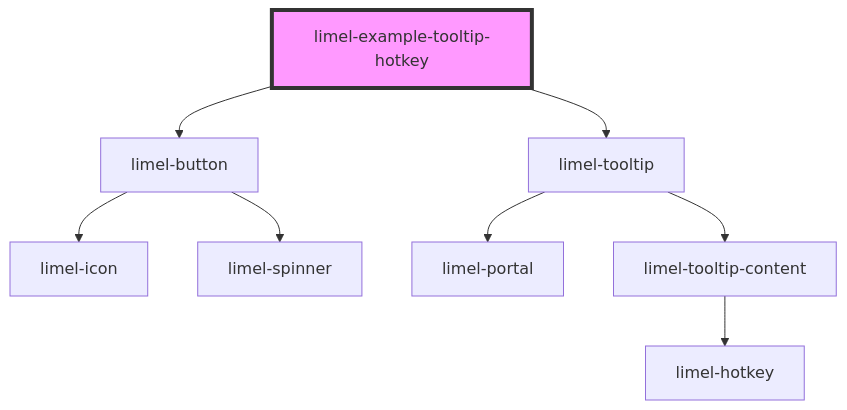
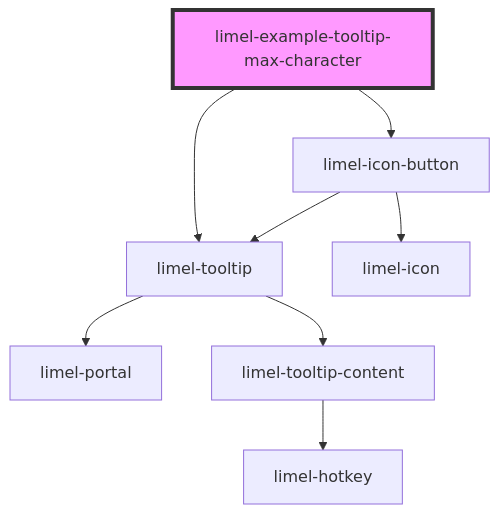
Before and after one commit to Lundalogik/lime-elements: the diagram in versions/PR-4196/markdown-docs/components/tooltip/examples/readme.md, drawn with Mermaid. The commit also changed other lines of this file and 5 other files, not shown here.

````diff
--- a/versions/PR-4196/markdown-docs/components/tooltip/examples/readme.md
+++ b/versions/PR-4196/markdown-docs/components/tooltip/examples/readme.md
@@ -48,11 +26,11 @@
 ```mermaid
 graph TD;
-  limel-example-tooltip-hotkey --> limel-button
-  limel-example-tooltip-hotkey --> limel-tooltip
-  limel-button --> limel-icon
-  limel-button --> limel-spinner
+  limel-example-tooltip-max-character --> limel-icon-button
+  limel-example-tooltip-max-character --> limel-tooltip
+  limel-icon-button --> limel-icon
+  limel-icon-button --> limel-tooltip
   limel-tooltip --> limel-portal
   limel-tooltip --> limel-tooltip-content
   limel-tooltip-content --> limel-hotkey
-  style limel-example-tooltip-hotkey fill:#f9f,stroke:#333,stroke-width:4px
+  style limel-example-tooltip-max-character fill:#f9f,stroke:#333,stroke-width:4px
 ```
````
